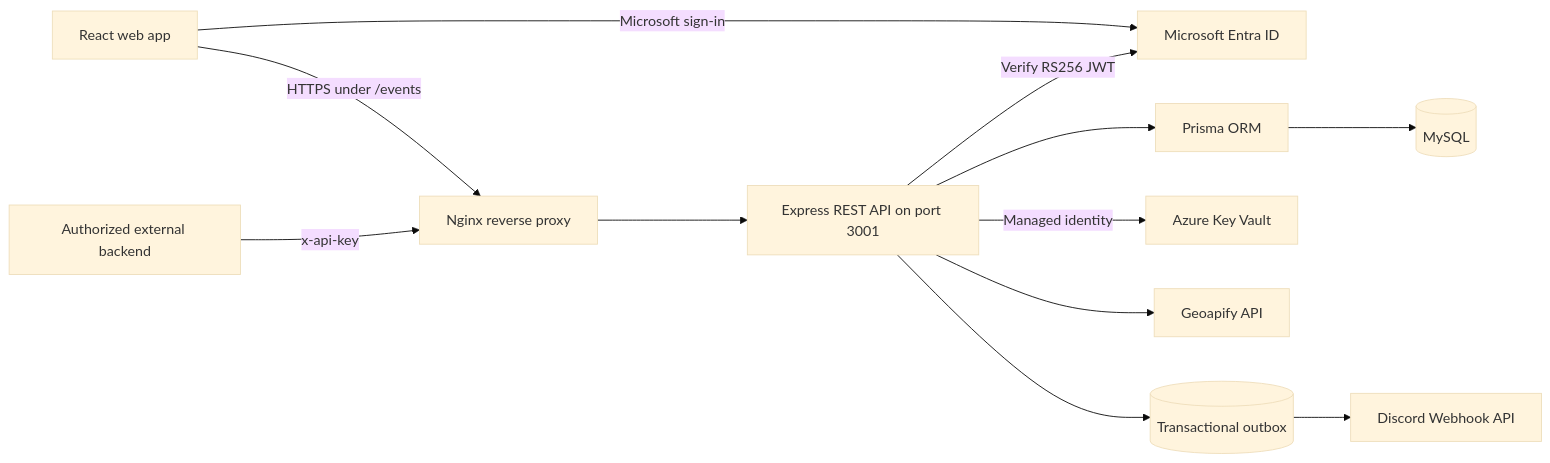
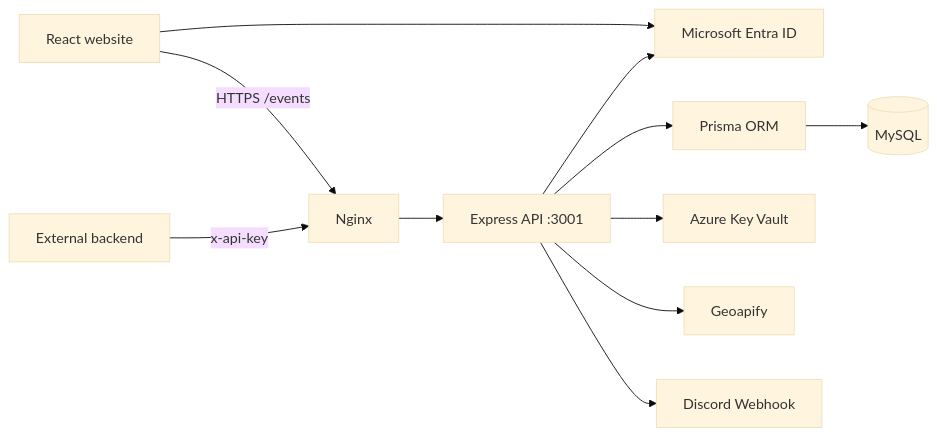
The diagram in README.md (kayos4326/campus-event-management-booking-api), drawn with Mermaid (base theme) before and after one commit. The commit also changed other lines of this file and 28 other files, not shown here.

````diff
--- a/README.md
+++ b/README.md
@@ -29,14 +52,13 @@
 ```mermaid
 flowchart LR
-    Browser[React web app] -->|HTTPS under /events| Nginx[Nginx reverse proxy]
-    Nginx --> API[Express REST API on port 3001]
-    Browser -->|Microsoft sign-in| Entra[Microsoft Entra ID]
-    API -->|Verify RS256 JWT| Entra
+    User[React website] -->|HTTPS /events| Nginx[Nginx]
+    Nginx --> API[Express API :3001]
+    User --> Entra[Microsoft Entra ID]
+    API --> Entra
     API --> Prisma[Prisma ORM]
     Prisma --> MySQL[(MySQL)]
-    API -->|Managed identity| Vault[Azure Key Vault]
-    API --> Geoapify[Geoapify API]
-    API --> Outbox[(Transactional outbox)]
-    Outbox --> Discord[Discord Webhook API]
-    Peer[Authorized external backend] -->|x-api-key| Nginx
+    API --> Vault[Azure Key Vault]
+    API --> Geoapify[Geoapify]
+    API --> Discord[Discord Webhook]
+    Partner[External backend] -->|x-api-key| Nginx
 ```
````
